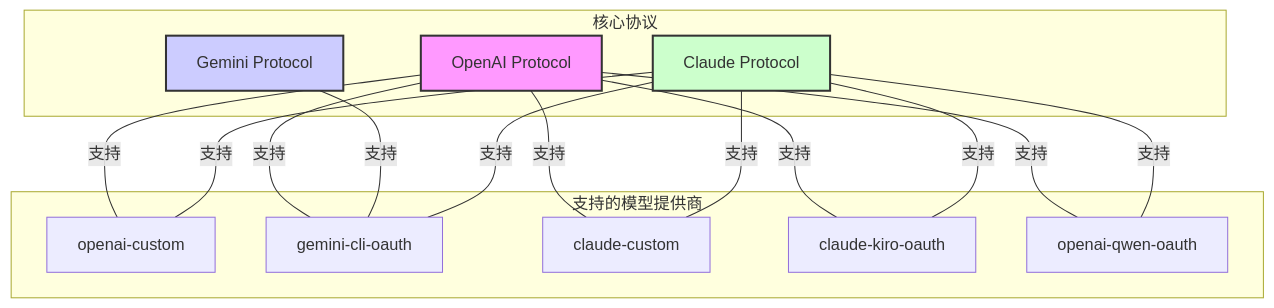
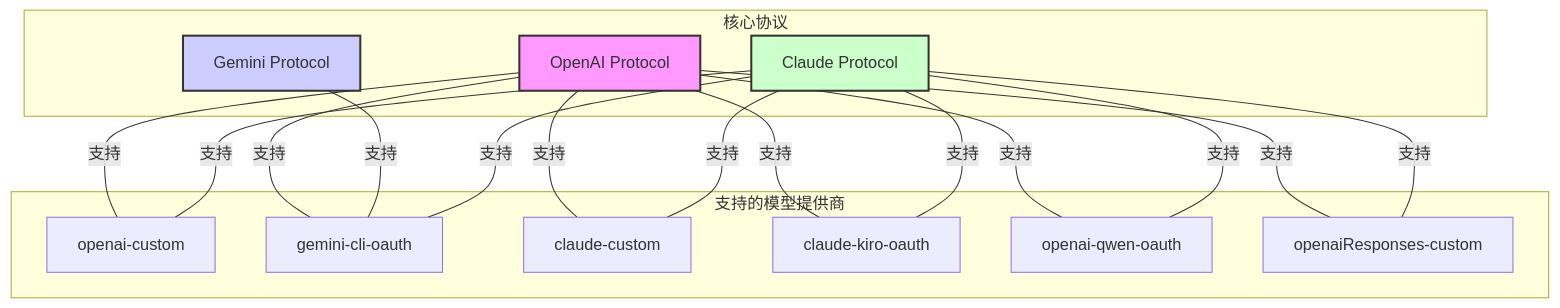
The diagram in README-ZH.md (justlovemaki/AIClient-2-API), drawn with Mermaid before and after one commit. The commit also changed other lines of this file and 24 other files, not shown here.

````diff
--- a/README-ZH.md
+++ b/README-ZH.md
@@ -96,36 +97,39 @@
   ```mermaid
-  
+   
    graph TD
        subgraph Core_Protocols["核心协议"]
            P_OPENAI[OpenAI Protocol]
            P_GEMINI[Gemini Protocol]
            P_CLAUDE[Claude Protocol]
        end
    
        subgraph Supported_Model_Providers["支持的模型提供商"]
            MP_OPENAI[openai-custom]
            MP_GEMINI[gemini-cli-oauth]
            MP_CLAUDE_C[claude-custom]
            MP_CLAUDE_K[claude-kiro-oauth]
            MP_QWEN[openai-qwen-oauth]
+           MP_OPENAI_RESP[openaiResponses-custom]
        end
    
        P_OPENAI ---|支持| MP_OPENAI
        P_OPENAI ---|支持| MP_QWEN
        P_OPENAI ---|支持| MP_GEMINI
        P_OPENAI ---|支持| MP_CLAUDE_C
        P_OPENAI ---|支持| MP_CLAUDE_K
+       P_OPENAI ---|支持| MP_OPENAI_RESP
    
        P_GEMINI ---|支持| MP_GEMINI
    
        P_CLAUDE ---|支持| MP_CLAUDE_C
        P_CLAUDE ---|支持| MP_CLAUDE_K
        P_CLAUDE ---|支持| MP_GEMINI
        P_CLAUDE ---|支持| MP_OPENAI
        P_CLAUDE ---|支持| MP_QWEN
+       P_CLAUDE ---|支持| MP_OPENAI_RESP
    
        style P_OPENAI fill:#f9f,stroke:#333,stroke-width:2px
        style P_GEMINI fill:#ccf,stroke:#333,stroke-width:2px
        style P_CLAUDE fill:#cfc,stroke:#333,stroke-width:2px
 
   ```
````
